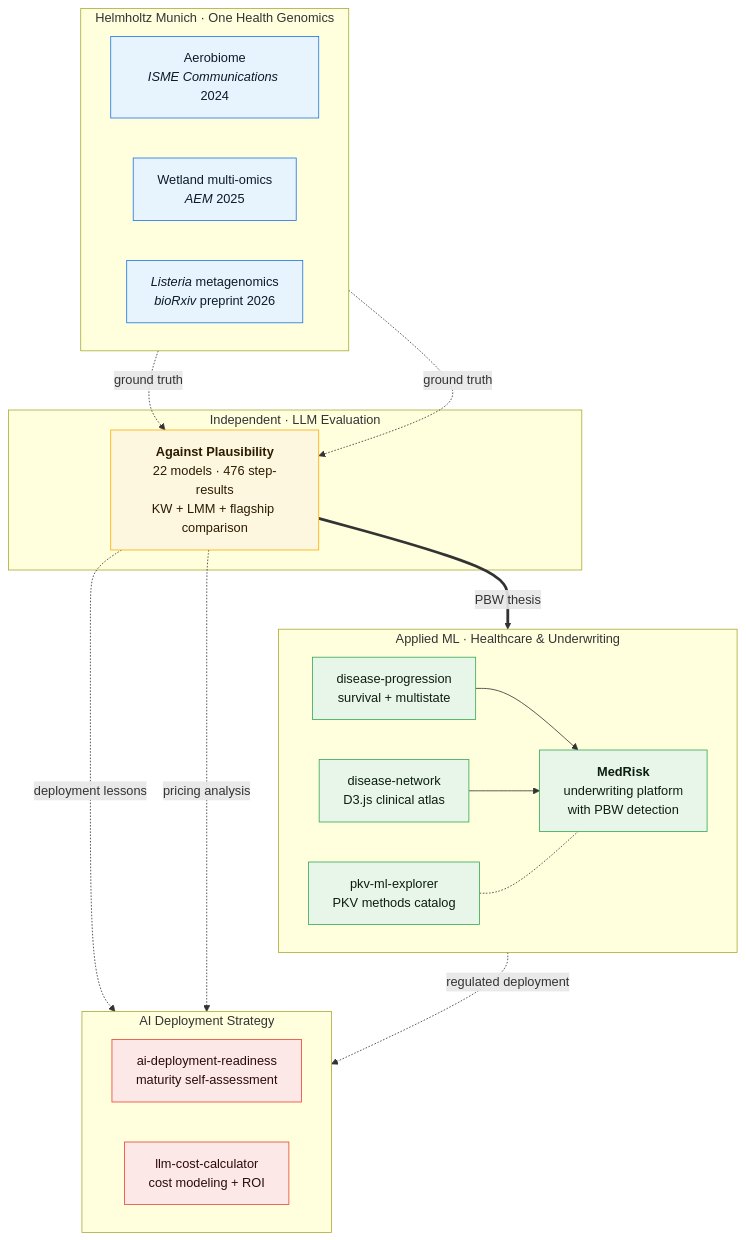
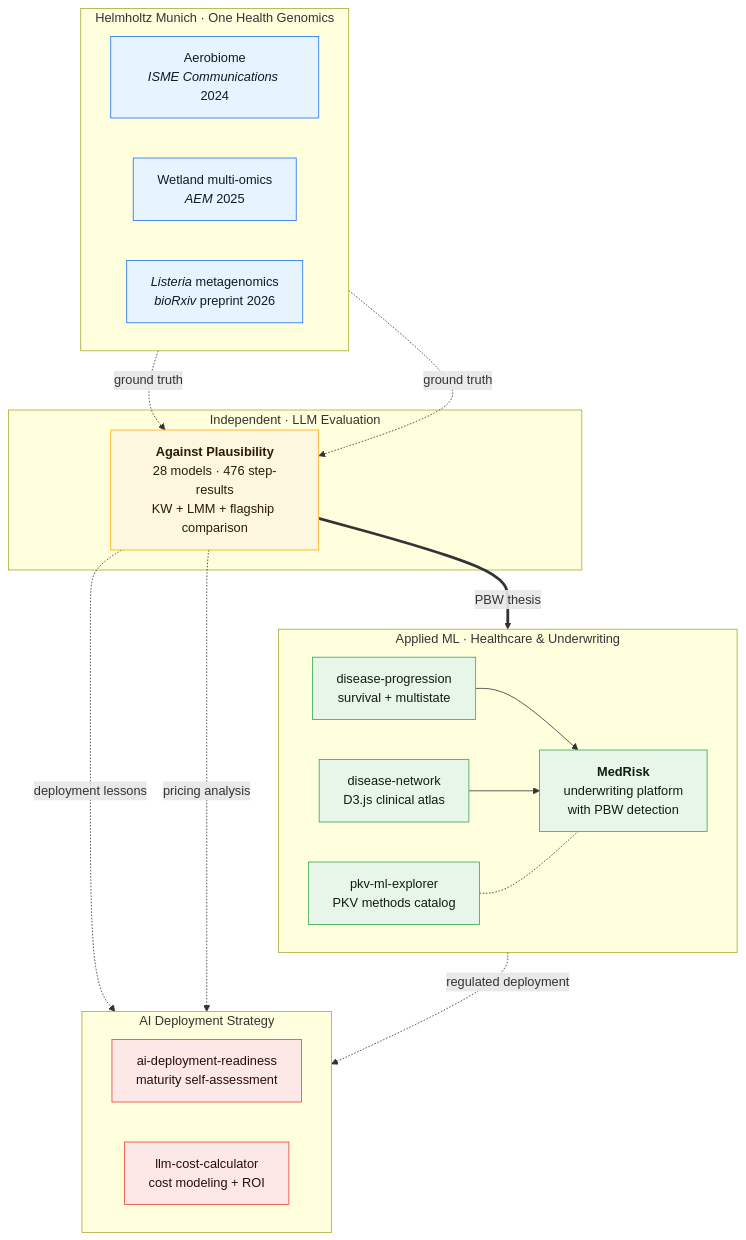
One commit to ttmgr/Tim_Reska changed the diagram in README.md. Above: the diagram before and after it, drawn with Mermaid. The commit also changed other lines of this file and 2 other files, not shown here.

````diff
--- a/README.md
+++ b/README.md
@@ -15,48 +15,48 @@
 ```mermaid
 flowchart TB
     subgraph H["Helmholtz Munich · One Health Genomics"]
         direction LR
         A["Aerobiome<br/><i>ISME Communications</i> 2024"]
         W["Wetland multi-omics<br/><i>AEM</i> 2025"]
         L["<i>Listeria</i> metagenomics<br/><i>bioRxiv</i> preprint 2026"]
     end
 
     subgraph I["Independent · LLM Evaluation"]
-        E["<b>Against Plausibility</b><br/>22 models · 476 step-results<br/>KW + LMM + flagship comparison"]
+        E["<b>Against Plausibility</b><br/>28 models · 476 step-results<br/>KW + LMM + flagship comparison"]
     end
 
     subgraph T["Applied ML · Healthcare & Underwriting"]
         direction LR
         DP["disease-progression<br/>survival + multistate"]
         DN["disease-network<br/>D3.js clinical atlas"]
         MR["<b>MedRisk</b><br/>underwriting platform<br/>with PBW detection"]
         PKV["pkv-ml-explorer<br/>PKV methods catalog"]
     end
 
     subgraph D["AI Deployment Strategy"]
         direction LR
         ADR["ai-deployment-readiness<br/>maturity self-assessment"]
         LCC["llm-cost-calculator<br/>cost modeling + ROI"]
     end
 
     A -. ground truth .-> E
     W -. ground truth .-> E
     E == PBW thesis ==> MR
 
     DP --> MR
     DN --> MR
     PKV -.- MR
 
     E -. deployment lessons .-> ADR
     E -. pricing analysis .-> LCC
     MR -. regulated deployment .-> ADR
 
     classDef helm fill:#e8f4fd,stroke:#1a73e8,color:#0b1b2b
     classDef ind fill:#fef7e0,stroke:#f9ab00,color:#2b1b00
     classDef appl fill:#e8f5e9,stroke:#34a853,color:#0b1f10
     classDef depl fill:#fce8e6,stroke:#ea4335,color:#2b0b0b
     class A,W,L helm
     class E ind
     class DP,DN,MR,PKV appl
     class ADR,LCC depl
 ```
````
